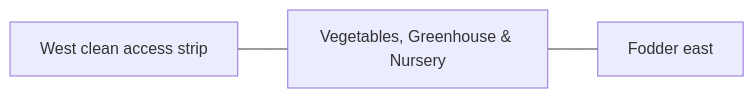
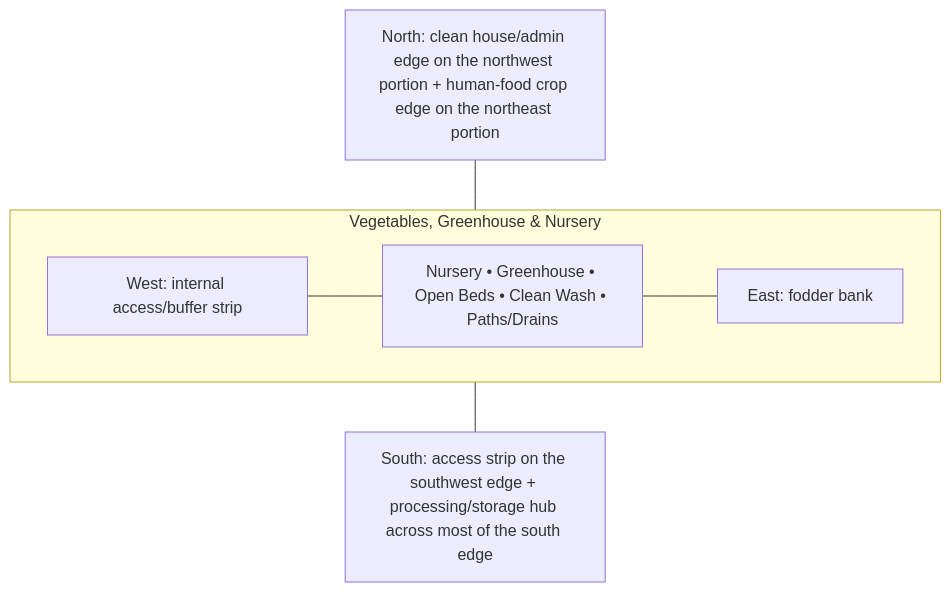
One commit to agro-firm/Self-Sufficient-Eco-Farm changed the diagram in spaces/07-vegetables-greenhouse-nursery/ARCHITECTURE.md. Above: the diagram before and after it, drawn with Mermaid. The commit also changed other lines of this file and 31 other files, not shown here.

Commit message:
Add full per-space architecture and blueprint authorities

````diff
--- a/spaces/07-vegetables-greenhouse-nursery/ARCHITECTURE.md
+++ b/spaces/07-vegetables-greenhouse-nursery/ARCHITECTURE.md
@@ -35,7 +48,14 @@
 ```mermaid
-flowchart LR
-    A["West clean access strip"]
-    S["Vegetables, Greenhouse & Nursery"]
-    B["Fodder east"]
-    A --- S --- B
+flowchart TB
+    N["North: clean house/admin edge on the northwest portion + human-food crop edge on the northeast portion"]
+    subgraph ROW["Vegetables, Greenhouse & Nursery"]
+      direction LR
+      W["West: internal access/buffer strip"]
+      C["Nursery • Greenhouse • Open Beds • Clean Wash • Paths/Drains"]
+      E["East: fodder bank"]
+      W --- C --- E
+    end
+    S["South: access strip on the southwest edge + processing/storage hub across most of the south edge"]
+    N --- C
+    C --- S
 ```
````
